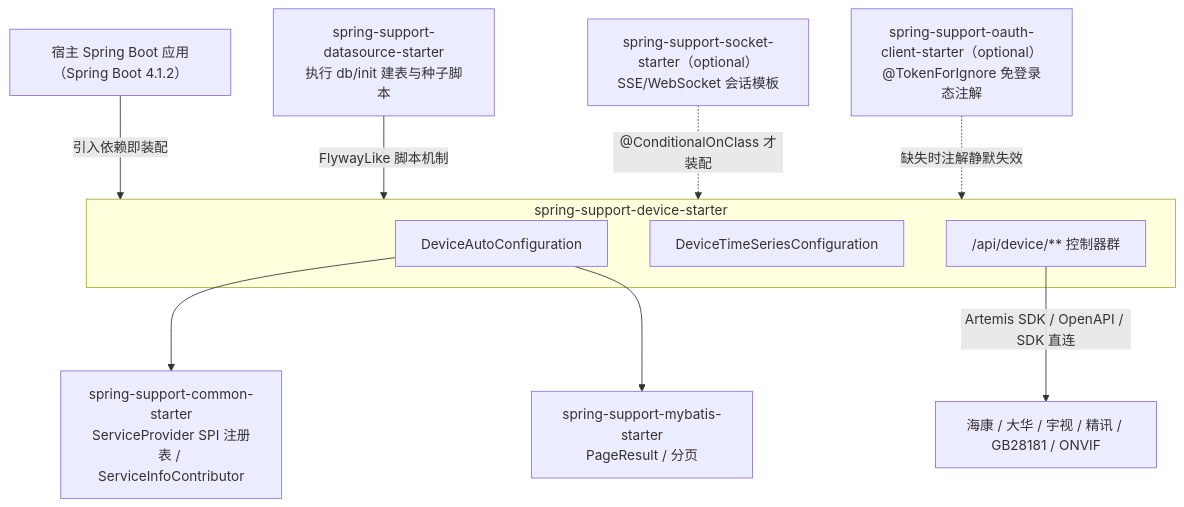
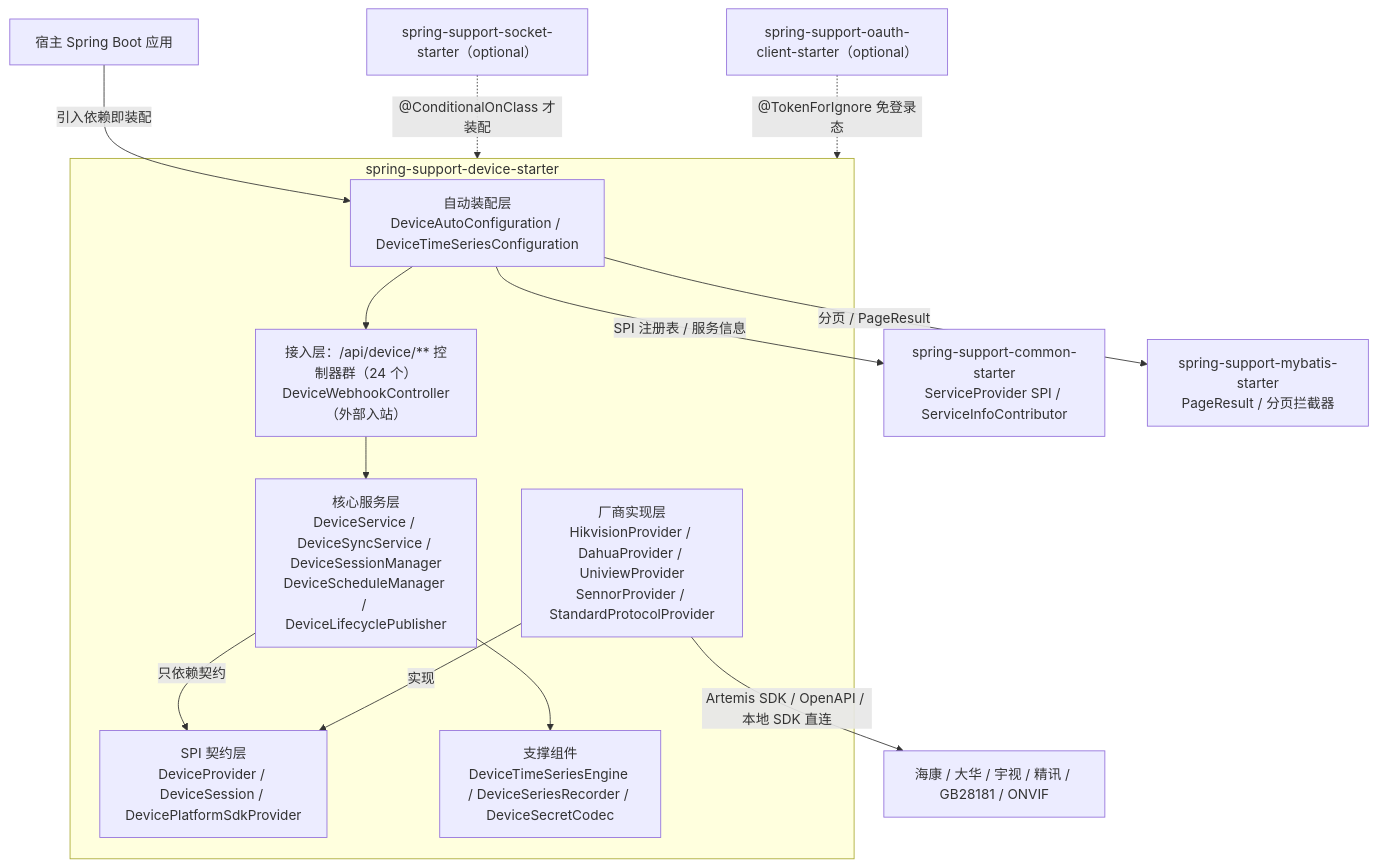
One commit to CHTK001/spring-support-parent-starter changed the first of 2 diagrams in spring-support-device-starter/README.md. Above: the diagram before and after it, drawn with Mermaid. The commit also changed other lines of this file and 54 other files, not shown here.

````diff
--- a/spring-support-device-starter/README.md
+++ b/spring-support-device-starter/README.md
@@ -21,25 +7,30 @@
 ```mermaid
 flowchart TB
-    APP["宿主 Spring Boot 应用（Spring Boot 4.1.2）"]
+    APP["宿主 Spring Boot 应用"]
 
     subgraph MOD["spring-support-device-starter"]
-        AC["DeviceAutoConfiguration"]
-        TSC["DeviceTimeSeriesConfiguration"]
-        API["/api/device/** 控制器群"]
+        AC["自动装配层<br/>DeviceAutoConfiguration / DeviceTimeSeriesConfiguration"]
+        WEB["接入层：/api/device/** 控制器群（24 个）<br/>DeviceWebhookController（外部入站）"]
+        SVC["核心服务层<br/>DeviceService / DeviceSyncService / DeviceSessionManager<br/>DeviceScheduleManager / DeviceLifecyclePublisher"]
+        SPIP["SPI 契约层<br/>DeviceProvider / DeviceSession / DevicePlatformSdkProvider"]
+        IMPL["厂商实现层<br/>HikvisionProvider / DahuaProvider / UniviewProvider<br/>SennorProvider / StandardProtocolProvider"]
+        TS["支撑组件<br/>DeviceTimeSeriesEngine / DeviceSeriesRecorder / DeviceSecretCodec"]
     end
 
-    COMMON["spring-support-common-starter<br/>ServiceProvider SPI 注册表 / ServiceInfoContributor"]
-    MYB["spring-support-mybatis-starter<br/>PageResult / 分页"]
-    DS["spring-support-datasource-starter<br/>执行 db/init 建表与种子脚本"]
-    SOC["spring-support-socket-starter（optional）<br/>SSE/WebSocket 会话模板"]
-    OA["spring-support-oauth-client-starter（optional）<br/>@TokenForIgnore 免登录态注解"]
+    COMMON["spring-support-common-starter<br/>ServiceProvider SPI / ServiceInfoContributor"]
+    MYB["spring-support-mybatis-starter<br/>PageResult / 分页拦截器"]
+    SOC["spring-support-socket-starter（optional）"]
+    OA["spring-support-oauth-client-starter（optional）"]
     VENDOR["海康 / 大华 / 宇视 / 精讯 / GB28181 / ONVIF"]
 
-    APP -->|"引入依赖即装配"| MOD
-    AC --> COMMON
-    AC --> MYB
-    DS -->|"FlywayLike 脚本机制"| MOD
+    APP -->|"引入依赖即装配"| AC
+    AC -->|"SPI 注册表 / 服务信息"| COMMON
+    AC -->|"分页 / PageResult"| MYB
     SOC -.->|"@ConditionalOnClass 才装配"| MOD
-    OA -.->|"缺失时注解静默失效"| MOD
-    API -->|"Artemis SDK / OpenAPI / SDK 直连"| VENDOR
+    OA -.->|"@TokenForIgnore 免登录态"| MOD
+    AC --> WEB --> SVC
+    SVC -->|"只依赖契约"| SPIP
+    IMPL -->|"实现"| SPIP
+    IMPL -->|"Artemis SDK / OpenAPI / 本地 SDK 直连"| VENDOR
+    SVC --> TS
 ```
````
